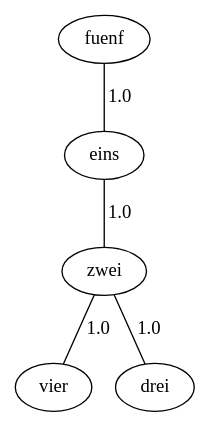
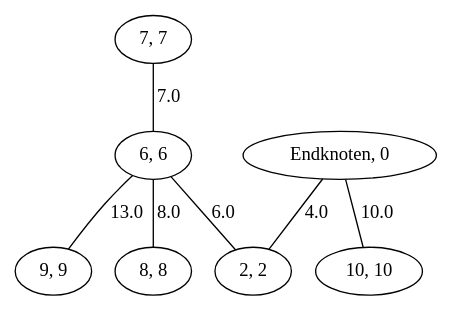
The diagram in GKA_task3_1-5/GraphViz/graph/gespeicherterPrimHeap.gv (Frggle/HAW_GKA), drawn with Graphviz before and after one commit. The commit also changed 9 other files, not shown here.

Commit message:
Um herauszufinden ob eine Kante eine Bridge ist, gucke ich nun ob alle Nachbarkanten mindestens den Knotengrad 2 haben. Vorher habe ich die Kante entfernt und mit ConnectivityInspector geguckt ob der Graph noch zusammmenhängend ist

```diff
--- a/GKA_task3_1-5/GraphViz/graph/gespeicherterPrimHeap.gv
+++ b/GKA_task3_1-5/GraphViz/graph/gespeicherterPrimHeap.gv
@@ -1,11 +1,15 @@
 graph G {
-  1 [ label="eins" ];
-  2 [ label="vier" ];
-  3 [ label="zwei" ];
-  4 [ label="fuenf" ];
-  5 [ label="drei" ];
-  1 -- 3 [ label="1.0" ];
-  4 -- 1 [ label="1.0" ];
-  3 -- 5 [ label="1.0" ];
-  3 -- 2 [ label="1.0" ];
+  1 [ label="7, 7" ];
+  2 [ label="6, 6" ];
+  3 [ label="2, 2" ];
+  4 [ label="8, 8" ];
+  5 [ label="9, 9" ];
+  6 [ label="Endknoten, 0" ];
+  7 [ label="10, 10" ];
+  1 -- 2 [ label="7.0" ];
+  6 -- 3 [ label="4.0" ];
+  6 -- 7 [ label="10.0" ];
+  2 -- 4 [ label="8.0" ];
+  2 -- 3 [ label="6.0" ];
+  2 -- 5 [ label="13.0" ];
 }
```
